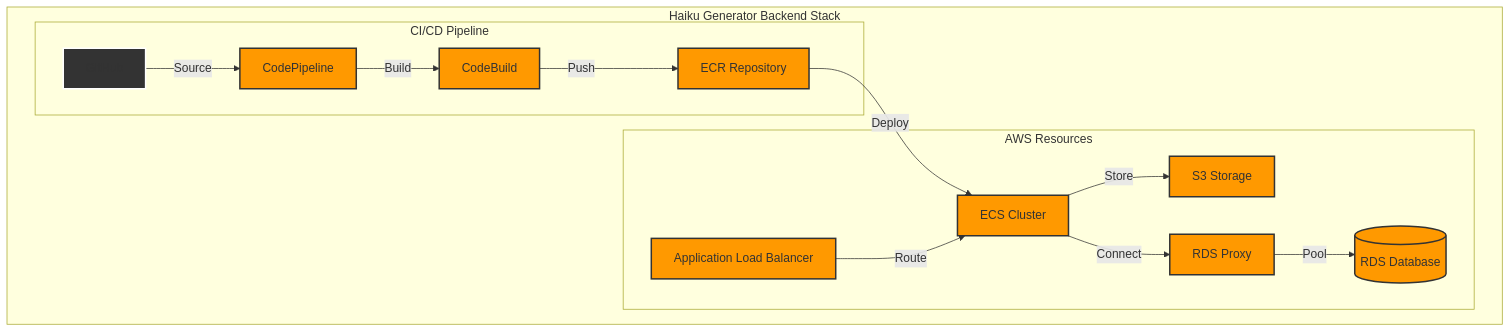
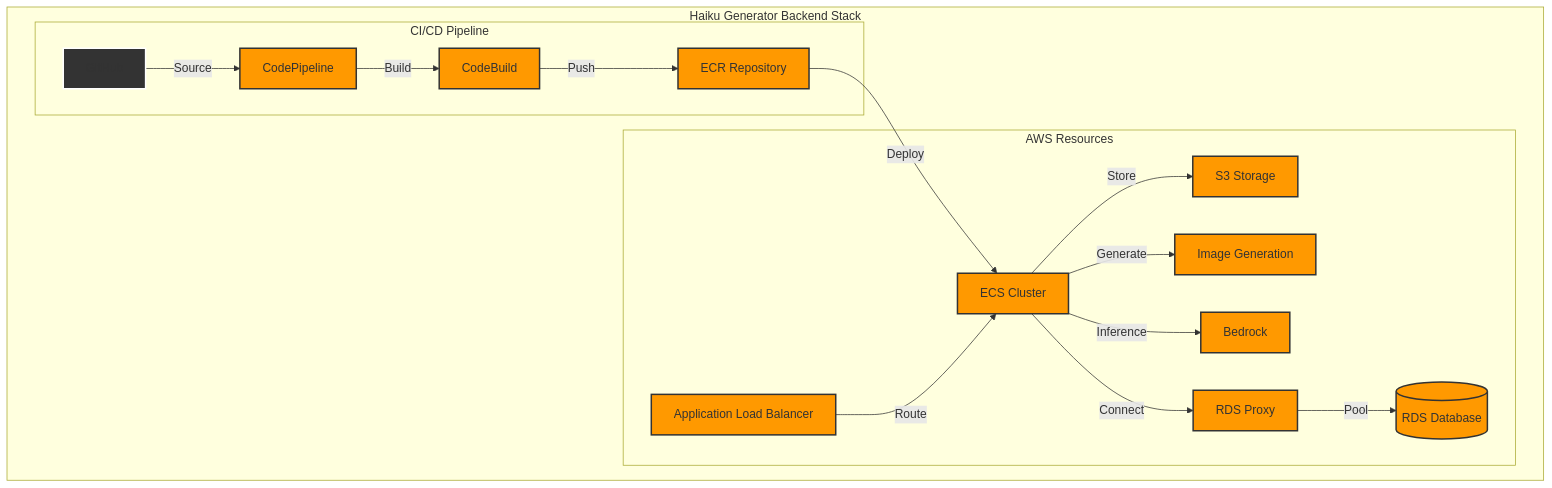
Before and after one commit to danielwohlgemuth/free-genai-bootcamp-2025: the fifth of 12 diagrams in aws/AWS-Tech-Specs-v3.md, drawn with Mermaid. The commit also changed other lines of this file, not shown here.

````diff
--- a/aws/AWS-Tech-Specs-v3.md
+++ b/aws/AWS-Tech-Specs-v3.md
@@ -191,37 +200,43 @@
 ```mermaid
 graph TB
     subgraph HaikuGeneratorBackendStack[Haiku Generator Backend Stack]
         subgraph AWSResources[AWS Resources]
             ECS[ECS Cluster]
             ALB[Application Load Balancer]
             S3[S3 Storage]
             PROXY[RDS Proxy]
             RDS[(RDS Database)]
+            BDR[Bedrock]
+            IMG[Image Generation]
             style ECS fill:#FF9900,stroke:#333,stroke-width:2px,color:#333
             style ALB fill:#FF9900,stroke:#333,stroke-width:2px,color:#333
             style S3 fill:#FF9900,stroke:#333,stroke-width:2px,color:#333
             style PROXY fill:#FF9900,stroke:#333,stroke-width:2px,color:#333
             style RDS fill:#FF9900,stroke:#333,stroke-width:2px,color:#333
+            style BDR fill:#FF9900,stroke:#333,stroke-width:2px,color:#333
+            style IMG fill:#FF9900,stroke:#333,stroke-width:2px,color:#333
         end
         
         subgraph CICDPipeline[CI/CD Pipeline]
             GH[GitHub]
             CP[CodePipeline]
             CB[CodeBuild]
             ECR[ECR Repository]
             style GH fill:#333,stroke:#fff,stroke-width:2px
             style CP fill:#FF9900,stroke:#333,stroke-width:2px,color:#333
             style CB fill:#FF9900,stroke:#333,stroke-width:2px,color:#333
             style ECR fill:#FF9900,stroke:#333,stroke-width:2px,color:#333
         end
     end
     
     ECS -->|Store| S3
     GH -->|Source| CP
     CP -->|Build| CB
     CB -->|Push| ECR
     ECR -->|Deploy| ECS
+    ECS -->|Generate| IMG
+    ECS -->|Inference| BDR
     ECS -->|Connect| PROXY
     ALB -->|Route| ECS
     PROXY -->|Pool| RDS
 ```
````
